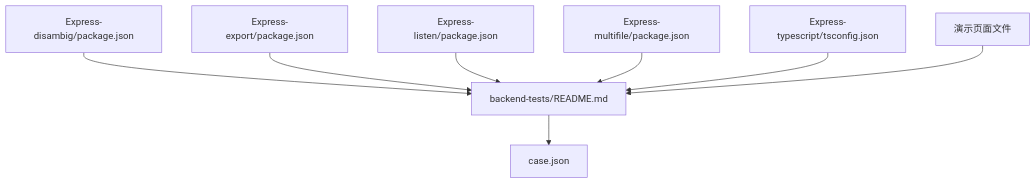
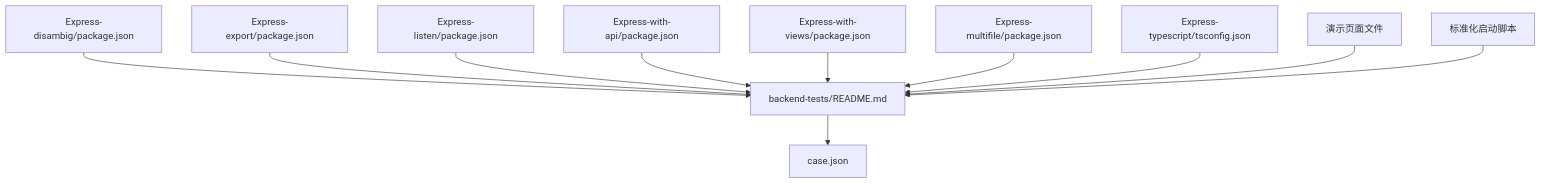
Before and after one commit to esa-sp/test-for-aone-ci: diagram 12 of 12 in .qoder/repowiki/zh/content/后端框架测试/Express框架测试.md, drawn with Mermaid. The commit also changed other lines of this file and 15 other files, not shown here.

````diff
--- a/.qoder/repowiki/zh/content/后端框架测试/Express框架测试.md
+++ b/.qoder/repowiki/zh/content/后端框架测试/Express框架测试.md
@@ -403,18 +557,24 @@
 ```mermaid
 graph TB
 P1["Express-disambig/package.json"]
 P2["Express-export/package.json"]
 P3["Express-listen/package.json"]
-P4["Express-multifile/package.json"]
-P5["Express-typescript/tsconfig.json"]
+P4["Express-with-api/package.json"]
+P5["Express-with-views/package.json"]
+P6["Express-multifile/package.json"]
+P7["Express-typescript/tsconfig.json"]
 DP["演示页面文件"]
+RS["标准化启动脚本"]
 R["backend-tests/README.md"]
 C["case.json"]
 P1 --> R
 P2 --> R
 P3 --> R
 P4 --> R
 P5 --> R
+P6 --> R
+P7 --> R
 DP --> R
+RS --> R
 R --> C
 ```
````
